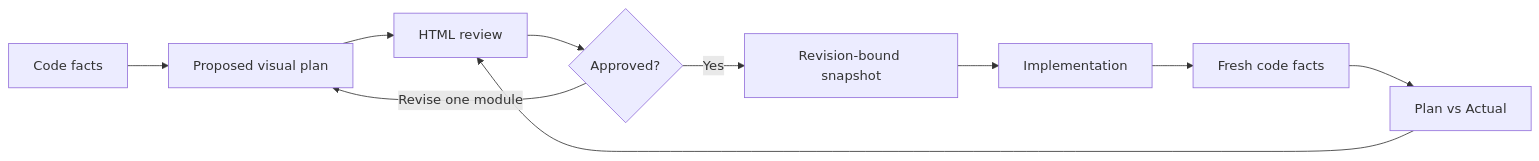
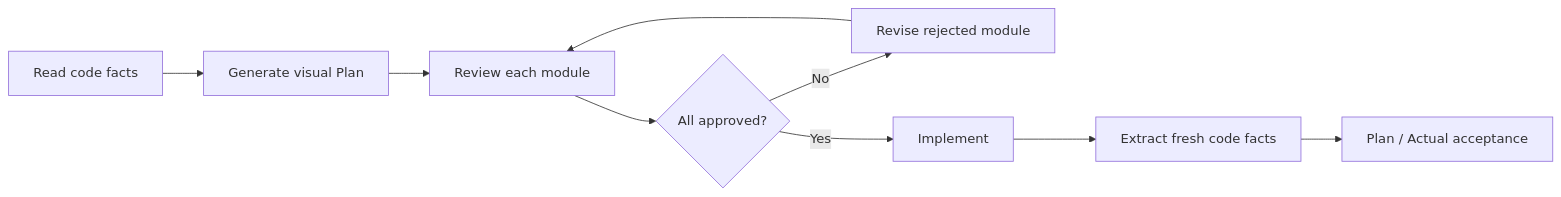
The second of 2 diagrams in README.md (MisterRaindrop/intentcanvas), drawn with Mermaid before and after one commit. The commit also changed other lines of this file and 1 other file, not shown here.

````diff
--- a/README.md
+++ b/README.md
@@ -49,12 +351,11 @@
 ```mermaid
 flowchart LR
-    A["Code facts"] --> B["Proposed visual plan"]
-    B --> C["HTML review"]
-    C --> D{"Approved?"}
-    D -- "Revise one module" --> B
-    D -- "Yes" --> E["Revision-bound snapshot"]
-    E --> F["Implementation"]
-    F --> G["Fresh code facts"]
-    G --> H["Plan vs Actual"]
-    H --> C
+    A["Read code facts"] --> B["Generate visual Plan"]
+    B --> C["Review each module"]
+    C --> D{"All approved?"}
+    D -- "No" --> E["Revise rejected module"]
+    E --> C
+    D -- "Yes" --> F["Implement"]
+    F --> G["Extract fresh code facts"]
+    G --> H["Plan / Actual acceptance"]
 ```
````
